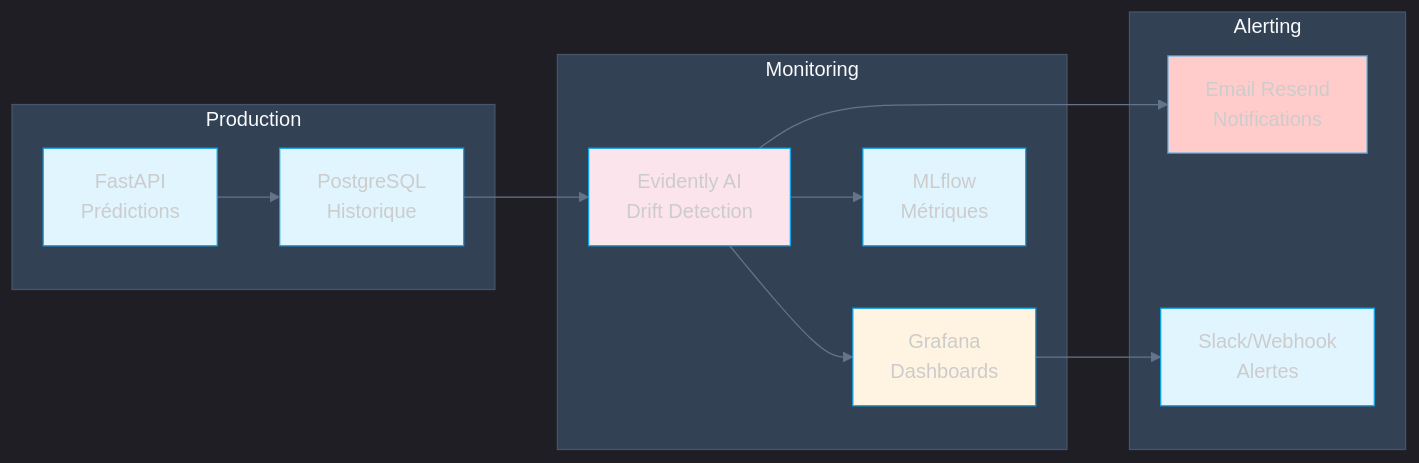
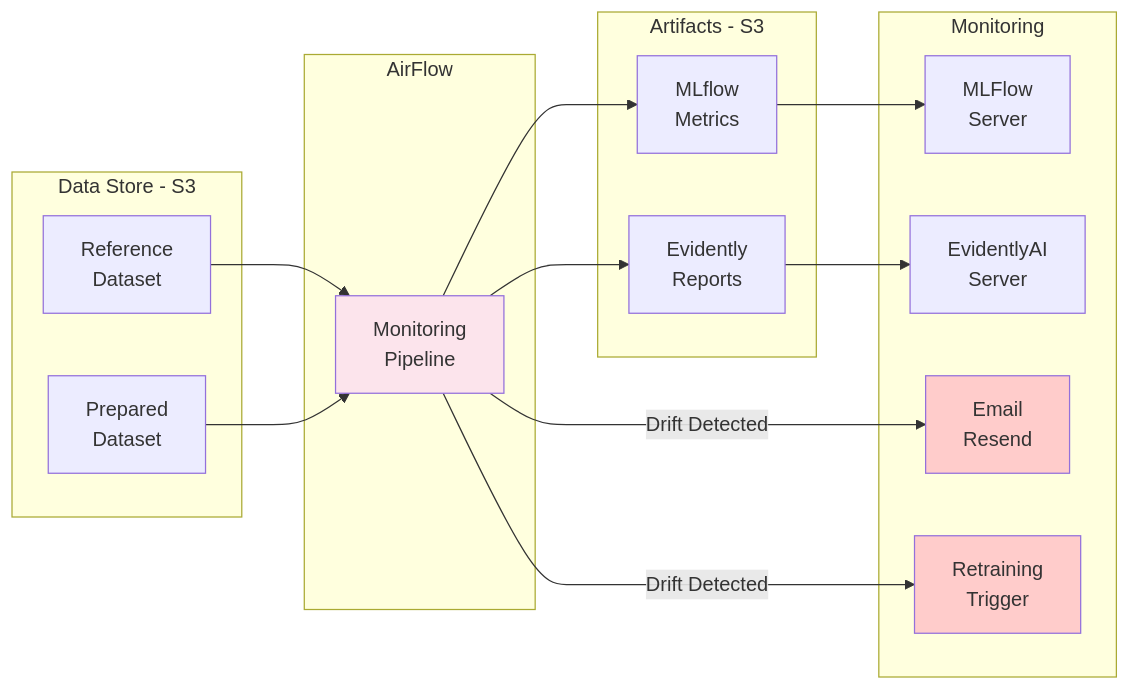
Before and after one commit to jinsudai/jinsudai: the diagram in Services/docsify/docs/monitoring-drift.md, drawn with Mermaid. The commit also changed other lines of this file and 19 other files, not shown here.

````diff
--- a/Services/docsify/docs/monitoring-drift.md
+++ b/Services/docsify/docs/monitoring-drift.md
@@ -9,31 +9,38 @@
 ```mermaid
-%%{init: {'theme': 'dark', 'themeVariables': {'primaryColor': '#e1f5ff', 'primaryTextColor': '#1e293b', 'primaryBorderColor': '#0ea5e9', 'lineColor': '#64748b', 'secondaryColor': '#fff4e1', 'tertiaryColor': '#fce4ec', 'background': '#1e293b', 'mainBkg': '#e1f5ff', 'nodeBorder': '#0ea5e9', 'clusterBkg': '#334155', 'clusterBorder': '#475569', 'titleColor': '#f8fafc', 'edgeLabelBackground': '#1e293b'}}}%%
 graph LR
-    subgraph "Production"
-        A[FastAPI<br/>Prédictions]
-        B[PostgreSQL<br/>Historique]
+    subgraph "Data Store - S3"
+        A[Reference<br/>Dataset]
+        B[Prepared<br/>Dataset]
+    end
+    subgraph "Artifacts - S3"
+        Ev[Evidently<br/>Reports]
+        ML[MLflow<br/>Metrics]
+    end
+
+    subgraph "AirFlow"
+        C[Monitoring<br/>Pipeline]
+        
     end
     
     subgraph "Monitoring"
-        C[Evidently AI<br/>Drift Detection]
-        D[Grafana<br/>Dashboards]
-        E[MLflow<br/>Métriques]
+        D[MLFlow<br/>Server]
+        EU[EvidentlyAI<br/>Server]
+        F[Email<br/>Resend]
+        R[Retraining<br/>Trigger]
     end
     
-    subgraph "Alerting"
-        F[Email Resend<br/>Notifications]
-        G[Slack/Webhook<br/>Alertes]
-    end
-    
-    A --> B
+    A --> C
     B --> C
-    C --> D
-    C --> E
-    C --> F
-    D --> G
+    C --> Ev
+    C --> ML
+    C --> |Drift Detected| R
+    C --> |Drift Detected| F
+
+    Ev --> EU
+
+    ML --> D
     
     style C fill:#fce4ec
-    style D fill:#fff4e1
-    style E fill:#e1f5ff
     style F fill:#ffcccb
+    style R fill:#ffcccb
 ```
````
